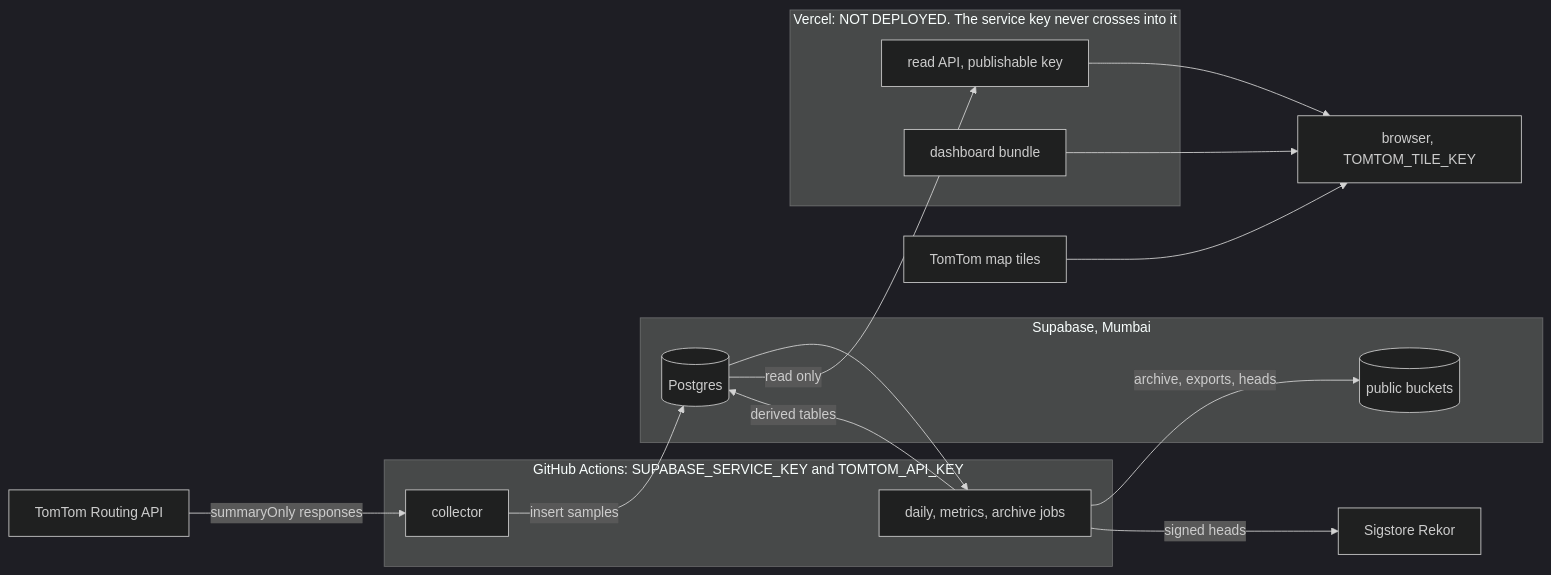
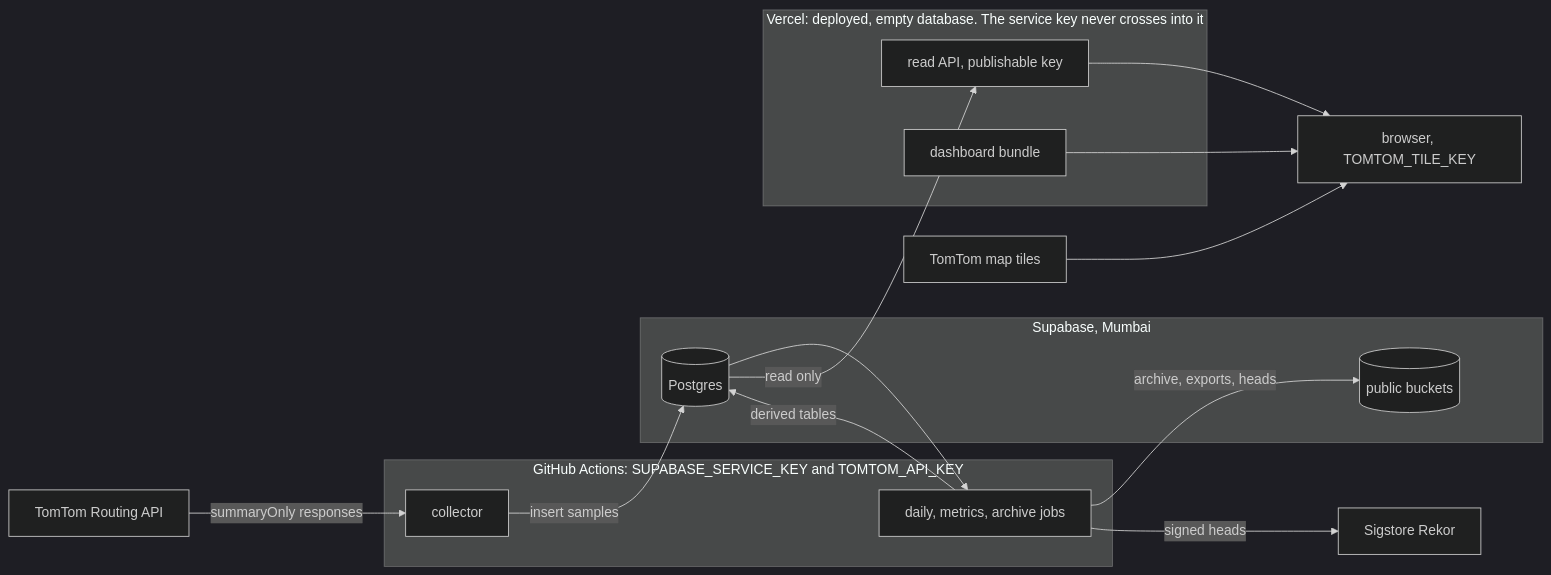
The first of 13 diagrams in docs/architecture.md (smatt92/hyderabad-corridor-ledger), drawn with Mermaid (dark theme) before and after one commit. The commit also changed other lines of this file and 5 other files, not shown here.

````diff
--- a/docs/architecture.md
+++ b/docs/architecture.md
@@ -29,29 +29,29 @@
 ```mermaid
 flowchart LR
     TT["TomTom Routing API"]
     TILES["TomTom map tiles"]
     subgraph GHA["GitHub Actions: SUPABASE_SERVICE_KEY and TOMTOM_API_KEY"]
         COL["collector"]
         JOBS["daily, metrics, archive jobs"]
     end
     subgraph SB["Supabase, Mumbai"]
         DB[("Postgres")]
         BKT[("public buckets")]
     end
-    subgraph VC["Vercel: NOT DEPLOYED. The service key never crosses into it"]
+    subgraph VC["Vercel: deployed, empty database. The service key never crosses into it"]
         API["read API, publishable key"]
         WEB["dashboard bundle"]
     end
     BR["browser, TOMTOM_TILE_KEY"]
     REK["Sigstore Rekor"]
     TT -->|"summaryOnly responses"| COL
     COL -->|"insert samples"| DB
     DB --> JOBS
     JOBS -->|"derived tables"| DB
     JOBS -->|"archive, exports, heads"| BKT
     JOBS -->|"signed heads"| REK
     DB -->|"read only"| API
     API --> BR
     WEB --> BR
     TILES --> BR
 ```
````
